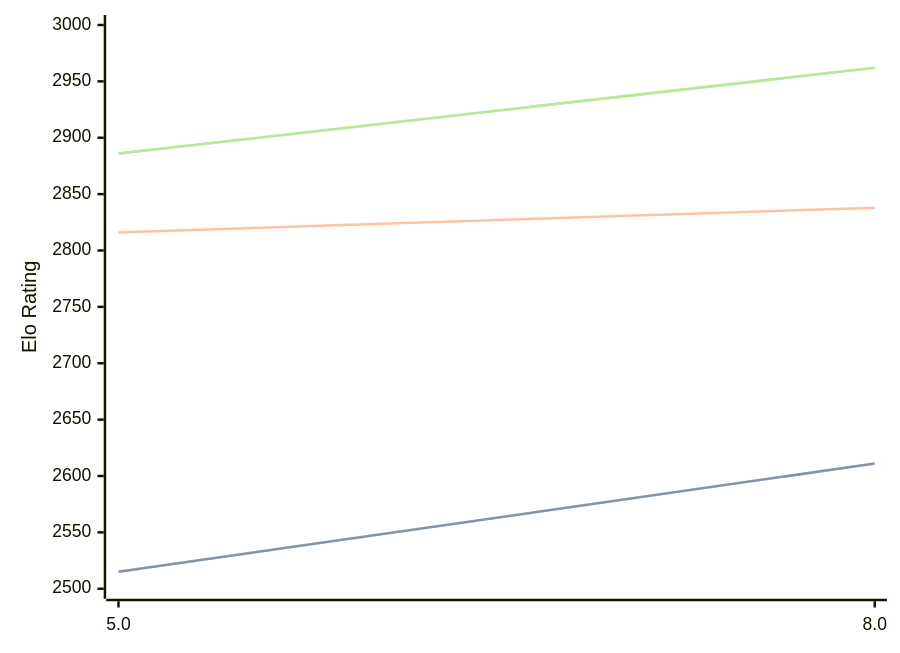
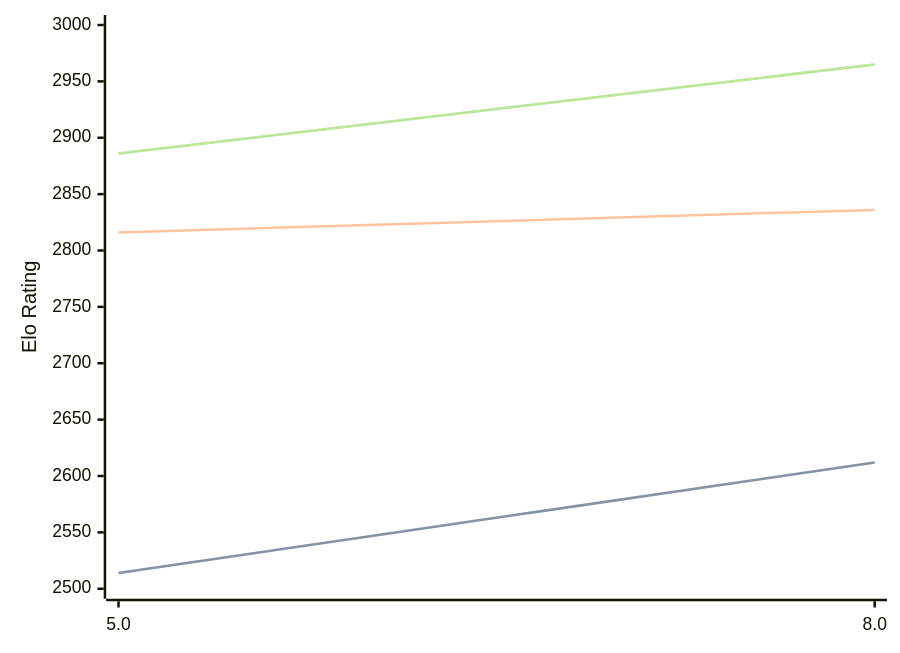
The diagram in engines/4kc.md (computer-chess-index/cci), drawn with Mermaid before and after one commit. The commit also changed other lines of this file, not shown here.

Commit message:
Update CCI Ratings (ELO VLTC) - 2026-04-07

````diff
--- a/engines/4kc.md
+++ b/engines/4kc.md
@@ -41,11 +41,11 @@
 ```mermaid
 %%{init: {"theme":"base","themeVariables":{"seriesColors:['#a3a3a3','#222221','#faa371']}}}%%
 xychart-beta
   x-axis ["5.0", "8.0"]
   y-axis "Elo Rating" 2500 --> 3000
-  line "STC (8.0+0.08s)" [2515, 2611]
-  line "STC (8.0+0.08s)" [2515, 2611]
-  line "LTC (60.0+0.60s)" [2816, 2838]
-  line "VLTC (2m24s+1.12s)" [2886, 2962]
-  line "VLTC (2m24s+1.12s)" [2886, 2962]
+  line "STC (8.0+0.08s)" [2514, 2612]
+  line "STC (8.0+0.08s)" [2514, 2612]
+  line "LTC (60.0+0.60s)" [2816, 2836]
+  line "VLTC (2m24s+1.12s)" [2886, 2965]
+  line "VLTC (2m24s+1.12s)" [2886, 2965]
 ```
````
